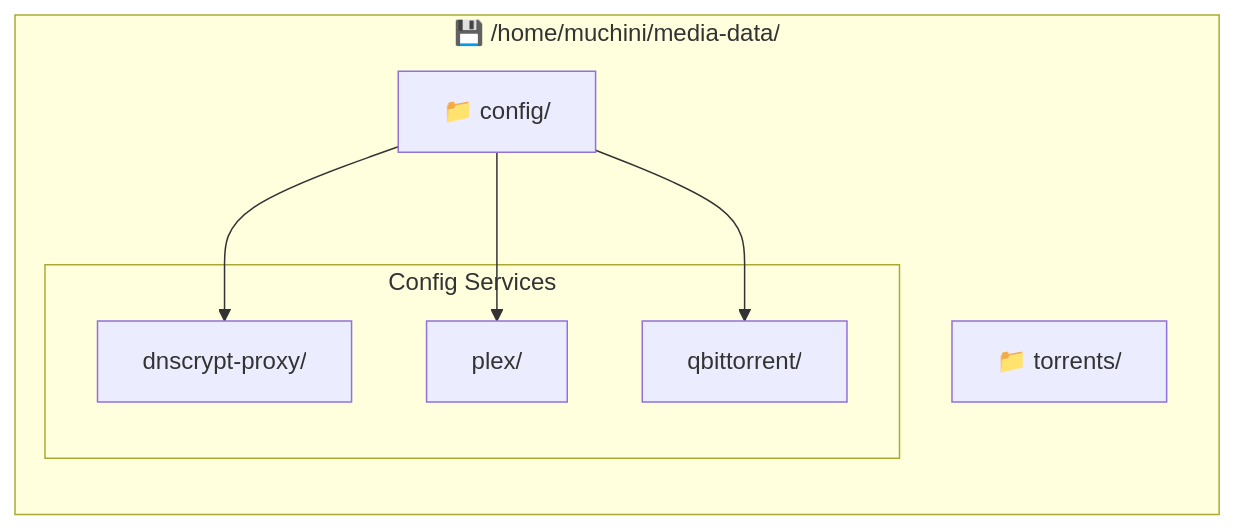
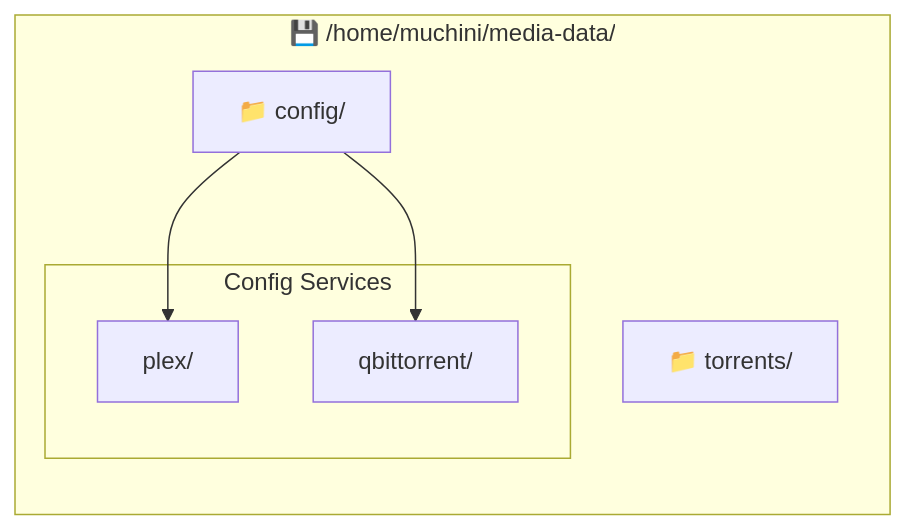
The fifth of 6 diagrams in CLAUDE.md (muchiny/media-stack-k8s), drawn with Mermaid before and after one commit. The commit also changed other lines of this file and 20 other files, not shown here.

````diff
--- a/CLAUDE.md
+++ b/CLAUDE.md
@@ -220,17 +204,15 @@
 ```mermaid
 graph LR
     subgraph "💾 /home/muchini/media-data/"
         Config["📁 config/"]
         Torrents["📁 torrents/"]
 
         subgraph "Config Services"
-            CFG1["dnscrypt-proxy/"]
             CFG2["plex/"]
             CFG3["qbittorrent/"]
         end
     end
 
-    Config --> CFG1
     Config --> CFG2
     Config --> CFG3
 ```
````
